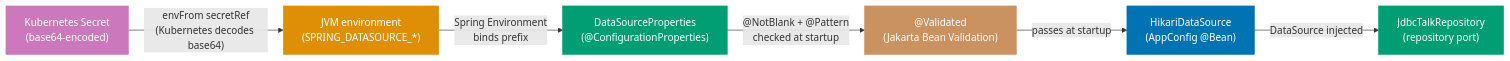
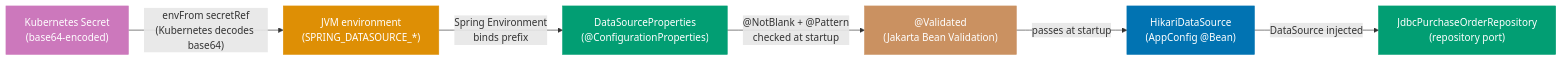
One commit to wahidyankf/open-sharia-enterprise changed the third of 3 diagrams in apps/ayokoding-web/content/en/learn/software-engineering/architecture/ddd-hexagonal-in-practice/oop-in-the-field/production.md. Above: the diagram before and after it, drawn with Mermaid. The commit also changed other lines of this file and 38 other files, not shown here.

First line of the commit message:
docs(ayokoding-web): unify architecture tutorials on shared P2P domain

````diff
--- a/apps/ayokoding-web/content/en/learn/software-engineering/architecture/ddd-hexagonal-in-practice/oop-in-the-field/production.md
+++ b/apps/ayokoding-web/content/en/learn/software-engineering/architecture/ddd-hexagonal-in-practice/oop-in-the-field/production.md
@@ -1095,21 +849,21 @@
 ```mermaid
 flowchart LR
     k8s["Kubernetes Secret\n(base64-encoded)"]:::purple
     env["JVM environment\n(SPRING_DATASOURCE_*)"]:::orange
     props["DataSourceProperties\n(@ConfigurationProperties)"]:::teal
     valid["@Validated\n(Jakarta Bean Validation)"]:::brown
     ds["HikariDataSource\n(AppConfig @Bean)"]:::blue
-    port["JdbcTalkRepository\n(repository port)"]:::teal
+    port["JdbcPurchaseOrderRepository\n(repository port)"]:::teal
 
     k8s -->|"envFrom secretRef\n(Kubernetes decodes base64)"| env
     env -->|"Spring Environment\nbinds prefix"| props
     props -->|"@NotBlank + @Pattern\nchecked at startup"| valid
     valid -->|"passes at startup"| ds
     ds -->|"DataSource injected"| port
 
     classDef purple fill:#CC78BC,color:#fff,stroke:#CC78BC
     classDef orange fill:#DE8F05,color:#fff,stroke:#DE8F05
     classDef teal fill:#029E73,color:#fff,stroke:#029E73
     classDef brown fill:#CA9161,color:#fff,stroke:#CA9161
     classDef blue fill:#0173B2,color:#fff,stroke:#0173B2
 ```
````
